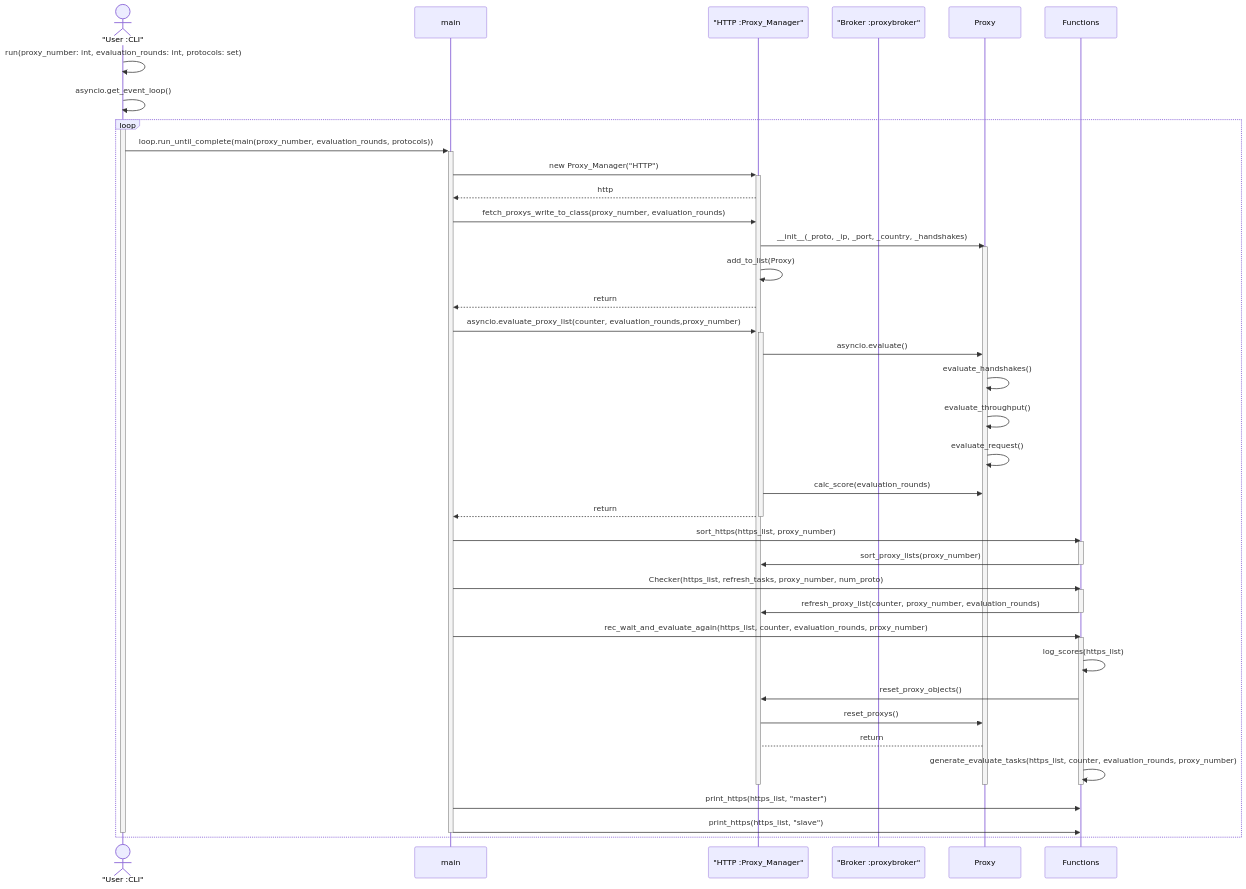
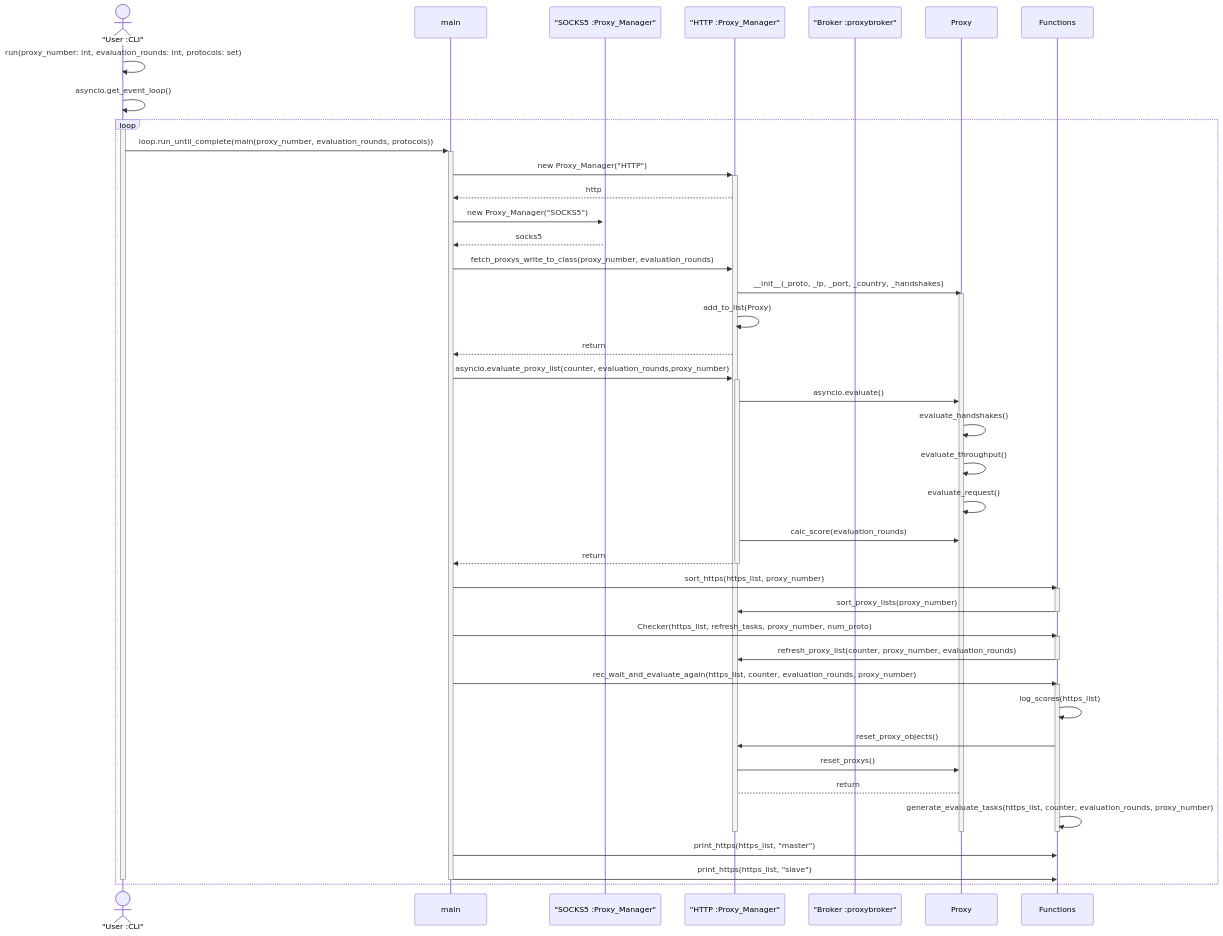
One commit to quintuscodes/Proxy-Reliability-using-Proxybroker2 changed the second of 2 diagrams in README.md. Above: the diagram before and after it, drawn with Mermaid.

Commit message:
README.md

````diff
--- a/README.md
+++ b/README.md
@@ -84,65 +84,70 @@
 ```mermaid 
 
 sequenceDiagram
     actor CLI as "User :CLI"
     participant main
-    participant http as "HTTP :Proxy_Manager"
-    participant broker as "Broker :proxybroker"
+    
+    participant socks5 as "SOCKS5   :Proxy_Manager"
+    participant http as "HTTP   :Proxy_Manager"
+    participant broker as "Broker   :proxybroker"
     participant Proxy
     participant Functions
 
     
     CLI->>CLI: run(proxy_number: int, evaluation_rounds: int, protocols: set)
     CLI->>CLI: asyncio.get_event_loop()
     loop
       activate CLI
       CLI->>+main: loop.run_until_complete(main(proxy_number, evaluation_rounds, protocols))
       
       
       main->>+http: new   Proxy_Manager("HTTP")
       http-->> main: http
 
+      main->>+socks5: new   Proxy_Manager("SOCKS5")
+      socks5-->>main: socks5
+      
       main->>http:fetch_proxys_write_to_class(proxy_number, evaluation_rounds)
       
       http->>Proxy: __init__(_proto, _ip, _port, _country, _handshakes)
       activate Proxy
       http->>http: add_to_list(Proxy)
       http-->>main: return
       
 
       main->>http: asyncio.evaluate_proxy_list(counter, evaluation_rounds,proxy_number)
       activate http
       http->>Proxy: asyncio.evaluate()
       Proxy->>Proxy: evaluate_handshakes()
       Proxy->>Proxy: evaluate_throughput()
       Proxy->>Proxy: evaluate_request()
       http->>Proxy: calc_score(evaluation_rounds)
       http-->>main: return
       deactivate http
 
       main->>Functions: sort_https(https_list, proxy_number)
       activate Functions
       Functions->>http: sort_proxy_lists(proxy_number)
       deactivate Functions
 
       main->>Functions: Checker(https_list, refresh_tasks, proxy_number, num_proto)
       activate Functions
       Functions->>http: refresh_proxy_list(counter, proxy_number, evaluation_rounds)
       deactivate Functions
 
       main->>Functions: rec_wait_and_evaluate_again(https_list, counter, evaluation_rounds, proxy_number)
       activate Functions
       Functions->>Functions: log_scores(https_list)
       Functions->>http: reset_proxy_objects()
       http ->> Proxy: reset_proxys()
       Proxy--> http: return
       Functions->>Functions: generate_evaluate_tasks(https_list, counter, evaluation_rounds, proxy_number)
       deactivate Functions
       deactivate http
       deactivate Proxy
       main->>Functions: print_https(https_list, "master")
       main->>Functions: print_https(https_list, "slave")
       deactivate main
       deactivate CLI
     end
 ```
````
